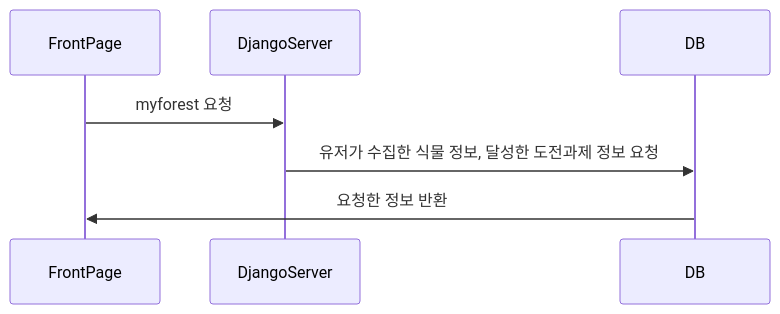
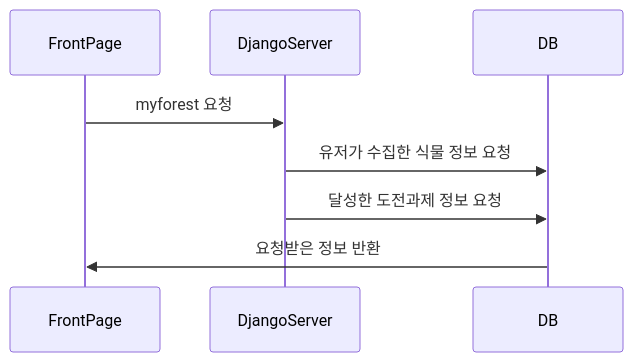
The fifth of 5 diagrams in ERD/기능별시퀀스.md (lukelookluck/forestgo), drawn with Mermaid before and after one commit.

````diff
--- a/ERD/기능별시퀀스.md
+++ b/ERD/기능별시퀀스.md
@@ -70,9 +70,10 @@
 ```mermaid
 sequenceDiagram
 
 FrontPage->>DjangoServer: myforest 요청
-DjangoServer->>DB : 유저가 수집한 식물 정보, 달성한 도전과제 정보 요청
-DB ->> FrontPage: 요청한 정보 반환
+DjangoServer->>DB : 유저가 수집한 식물 정보 요청
+DjangoServer->>DB : 달성한 도전과제 정보 요청
+DB ->> FrontPage: 요청받은 정보 반환
 
 
 ```
````
